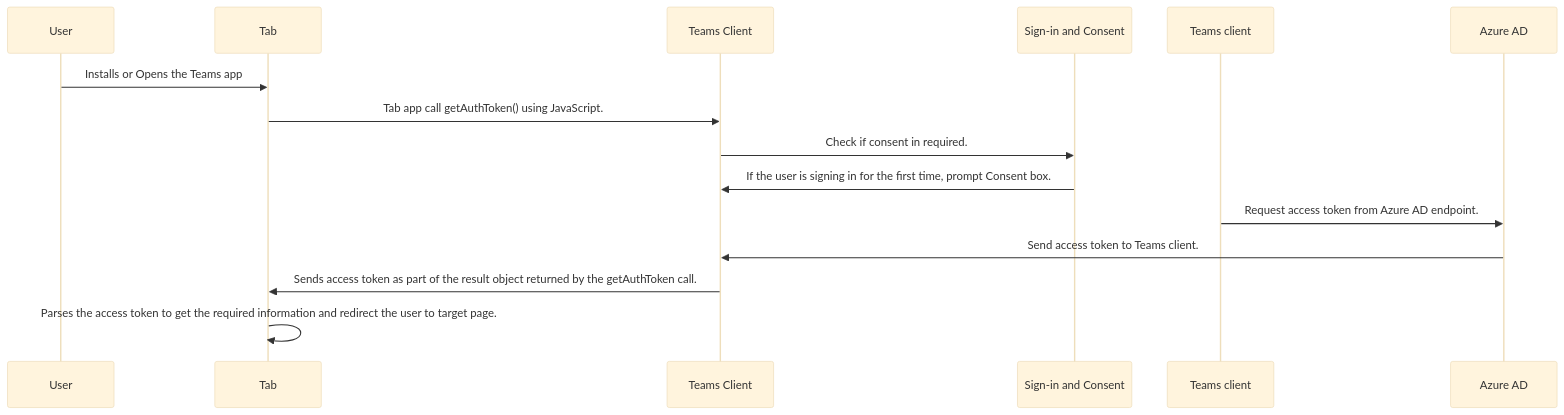
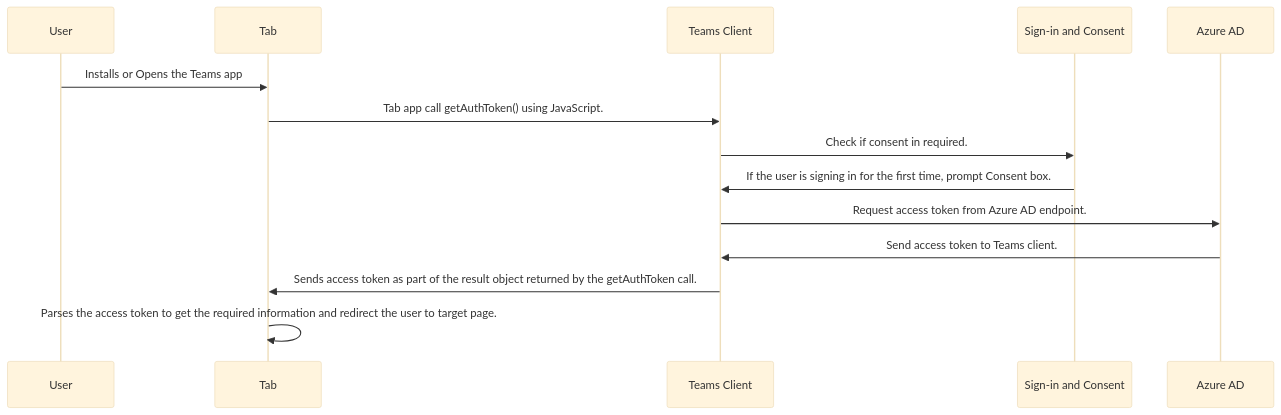
One commit to MicrosoftDocs/msteams-docs changed the diagram in msteams-platform/tabs/how-to/authentication/tab-sso-overview.md. Above: the diagram before and after it, drawn with Mermaid (base theme).

````diff
--- a/msteams-platform/tabs/how-to/authentication/tab-sso-overview.md
+++ b/msteams-platform/tabs/how-to/authentication/tab-sso-overview.md
@@ -46,11 +46,11 @@
 ```mermaid
 sequenceDiagram
     User->>Tab: Installs or Opens the Teams app
     Tab->>Teams Client: Tab app call getAuthToken() using JavaScript.
     Teams Client->>Sign-in and Consent: Check if consent in required.
     Sign-in and Consent->>Teams Client: If the user is signing in for the first time, prompt Consent box.
-    Teams client->>Azure AD: Request access token from Azure AD endpoint.
+    Teams Client->>Azure AD: Request access token from Azure AD endpoint.
     Azure AD->>Teams Client: Send access token to Teams client.
     Teams Client->>Tab: Sends access token as part of the result object returned by the getAuthToken call.
     Tab->>Tab: Parses the access token to get the required information and redirect the user to target page.
 ```
````
